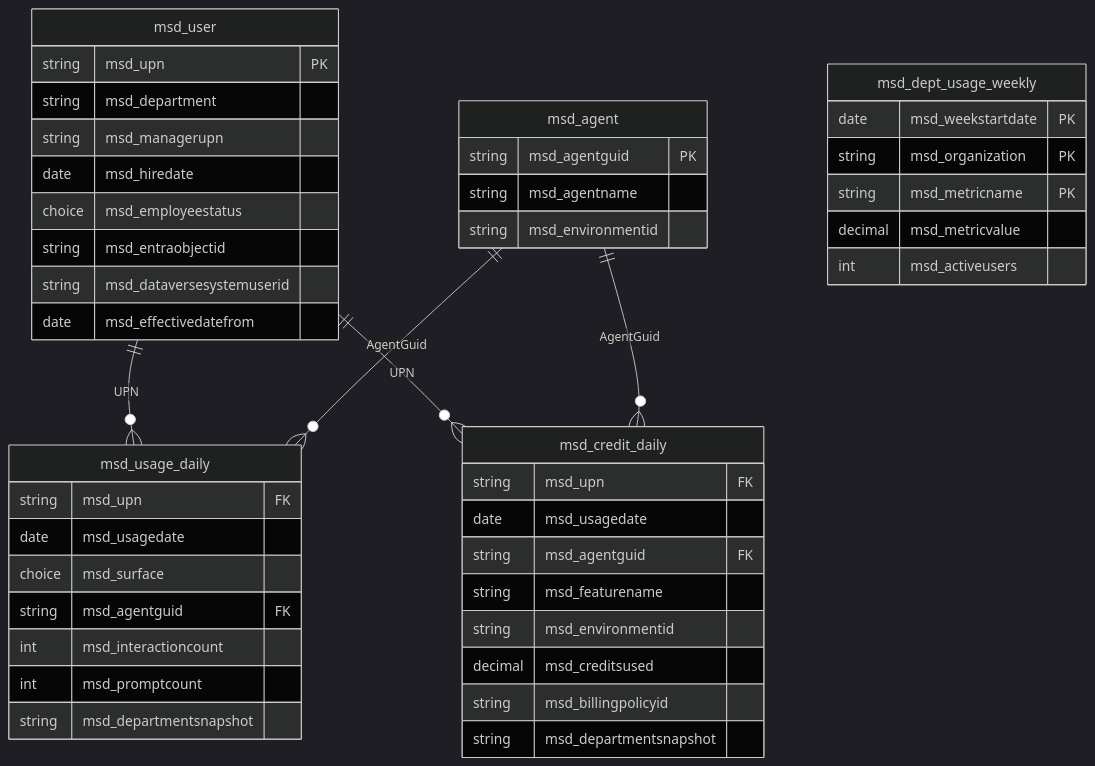
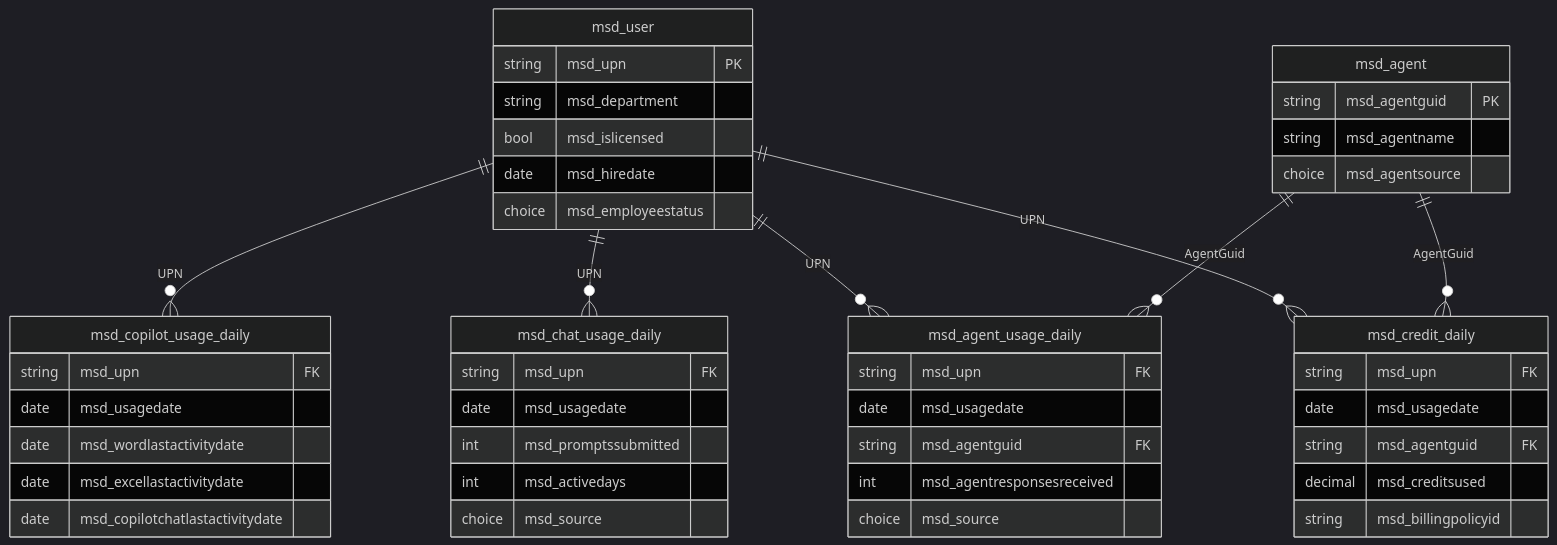
Before and after one commit to tlsqhdrbek-debug/ms-design-agents: the first of 3 diagrams in docs/designs/20260625_M365_Copilot_사용자별_사용량_대시보드.md, drawn with Mermaid (dark theme). The commit also changed other lines of this file, not shown here.

````diff
--- a/docs/designs/20260625_M365_Copilot_사용자별_사용량_대시보드.md
+++ b/docs/designs/20260625_M365_Copilot_사용자별_사용량_대시보드.md
@@ -148,49 +167,50 @@
 ```mermaid
 erDiagram
-    msd_user ||--o{ msd_usage_daily   : "UPN"
-    msd_user ||--o{ msd_credit_daily  : "UPN"
-    msd_agent ||--o{ msd_usage_daily  : "AgentGuid"
-    msd_agent ||--o{ msd_credit_daily : "AgentGuid"
+    msd_user ||--o{ msd_copilot_usage_daily : "UPN"
+    msd_user ||--o{ msd_chat_usage_daily    : "UPN"
+    msd_user ||--o{ msd_agent_usage_daily   : "UPN"
+    msd_user ||--o{ msd_credit_daily        : "UPN"
+    msd_agent ||--o{ msd_agent_usage_daily  : "AgentGuid"
+    msd_agent ||--o{ msd_credit_daily       : "AgentGuid"
 
     msd_user {
         string msd_upn PK
         string msd_department
-        string msd_managerupn
+        bool   msd_islicensed
         date   msd_hiredate
         choice msd_employeestatus
-        string msd_entraobjectid
-        string msd_dataversesystemuserid
-        date   msd_effectivedatefrom
     }
     msd_agent {
         string msd_agentguid PK
         string msd_agentname
-        string msd_environmentid
+        choice msd_agentsource
     }
-    msd_usage_daily {
+    msd_copilot_usage_daily {
         string msd_upn FK
         date   msd_usagedate
-        choice msd_surface
+        date   msd_wordlastactivitydate
+        date   msd_excellastactivitydate
+        date   msd_copilotchatlastactivitydate
+    }
+    msd_chat_usage_daily {
+        string msd_upn FK
+        date   msd_usagedate
+        int    msd_promptssubmitted
+        int    msd_activedays
+        choice msd_source
+    }
+    msd_agent_usage_daily {
+        string msd_upn FK
+        date   msd_usagedate
         string msd_agentguid FK
-        int    msd_interactioncount
-        int    msd_promptcount
-        string msd_departmentsnapshot
+        int    msd_agentresponsesreceived
+        choice msd_source
     }
     msd_credit_daily {
         string msd_upn FK
         date   msd_usagedate
         string msd_agentguid FK
-        string msd_featurename
-        string msd_environmentid
         decimal msd_creditsused
         string msd_billingpolicyid
-        string msd_departmentsnapshot
-    }
-    msd_dept_usage_weekly {
-        date   msd_weekstartdate PK
-        string msd_organization PK
-        string msd_metricname PK
-        decimal msd_metricvalue
-        int    msd_activeusers
     }
 ```
````
